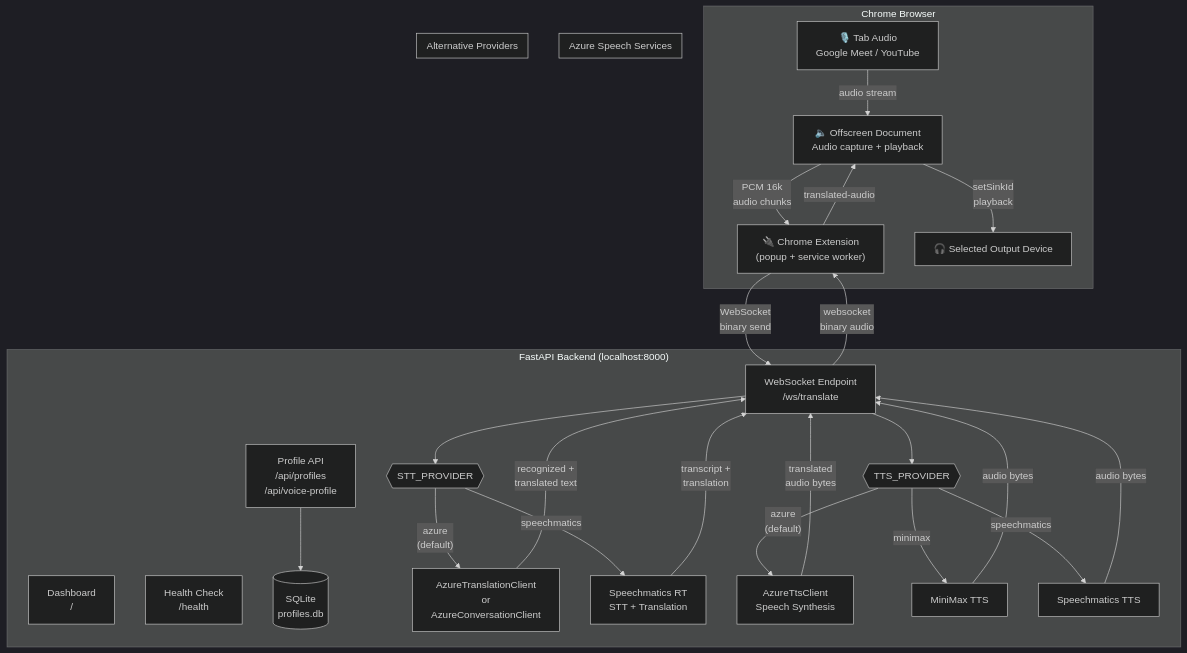
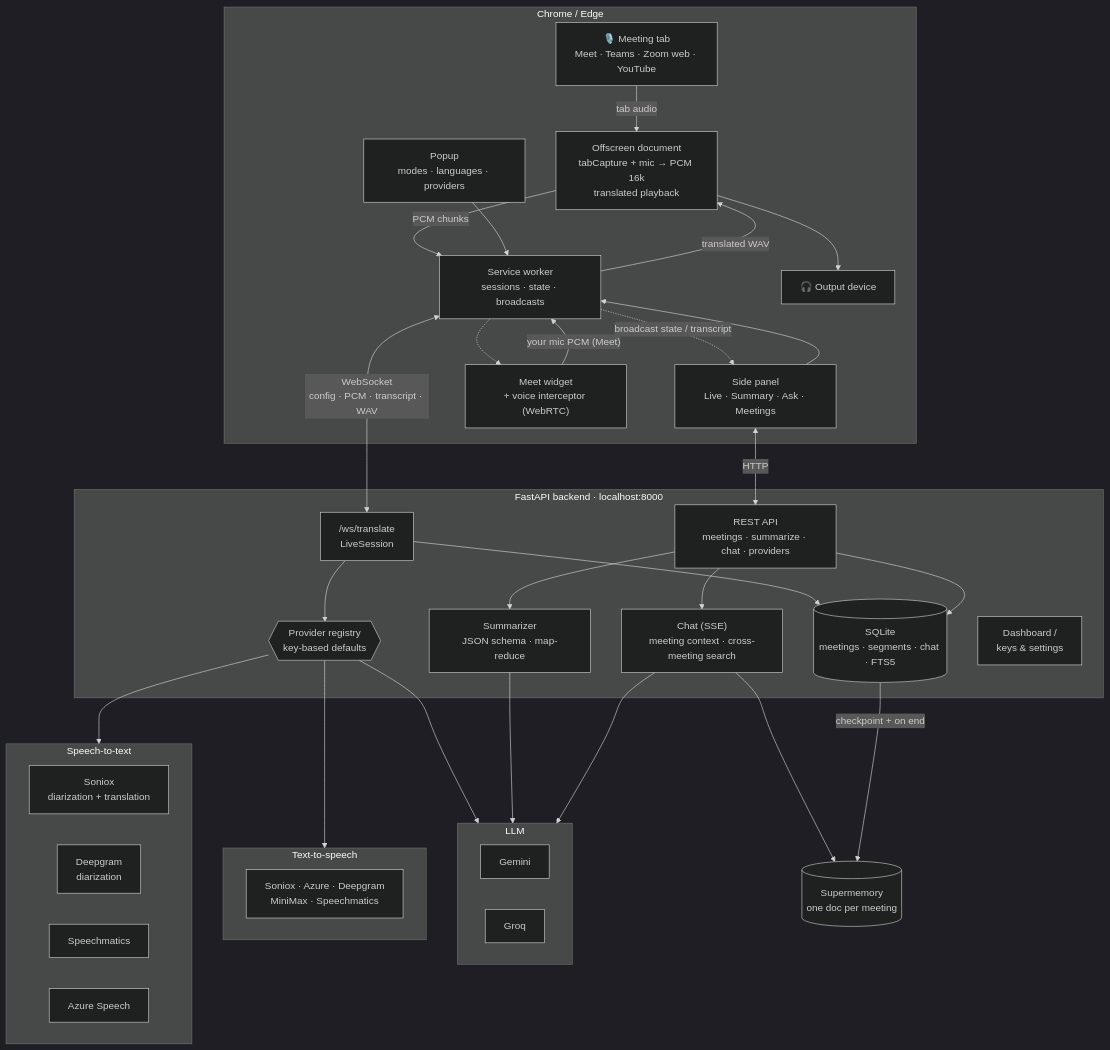
One commit to Kvndoshi/smartmeetingcompanion changed the diagram in architecture.mmd. Above: the diagram before and after it, drawn with Mermaid (dark theme). The commit also changed 4 other files, not shown here.

Commit message:
docs: update README and architecture, add testing checklist

```diff
--- a/architecture.mmd
+++ b/architecture.mmd
@@ -1,51 +1,63 @@
 flowchart TB
-    subgraph Chrome["Chrome Browser"]
-        TAB["🎙️ Tab Audio<br/>Google Meet / YouTube"]
-        EXT["🔌 Chrome Extension<br/>(popup + service worker)"]
-        OFS["🔈 Offscreen Document<br/>Audio capture + playback"]
-        OUT["🎧 Selected Output Device"]
+    subgraph Browser["Chrome / Edge"]
+        TAB["🎙️ Meeting tab<br/>Meet · Teams · Zoom web · YouTube"]
+        POP["Popup<br/>modes · languages · providers"]
+        PANEL["Side panel<br/>Live · Summary · Ask · Meetings"]
+        WIDGET["Meet widget<br/>+ voice interceptor (WebRTC)"]
+        SW["Service worker<br/>sessions · state · broadcasts"]
+        OFS["Offscreen document<br/>tabCapture + mic → PCM 16k<br/>translated playback"]
+        OUT["🎧 Output device"]
     end
 
-    subgraph Backend["FastAPI Backend (localhost:8000)"]
-        WS["WebSocket Endpoint<br/>/ws/translate"]
-        DASH["Dashboard<br/>/"]
-        HEALTH["Health Check<br/>/health"]
-        PROFILES["Profile API<br/>/api/profiles<br/>/api/voice-profile"]
-        DB[("SQLite<br/>profiles.db")]
-
-        WS --> STT_SEL{{"STT_PROVIDER"}}
-        STT_SEL -->|"azure<br/>(default)"| AZ_STT
-        STT_SEL -->|"speechmatics"| SM_STT
-
-        WS --> TTS_SEL{{"TTS_PROVIDER"}}
-        TTS_SEL -->|"azure<br/>(default)"| AZ_TTS
-        TTS_SEL -->|"minimax"| MM_TTS
-        TTS_SEL -->|"speechmatics"| SM_TTS
+    subgraph Backend["FastAPI backend · localhost:8000"]
+        WS["/ws/translate<br/>LiveSession"]
+        REST["REST API<br/>meetings · summarize · chat · providers"]
+        REG{{"Provider registry<br/>key-based defaults"}}
+        STORE[("SQLite<br/>meetings · segments · chat · FTS5")]
+        SUMM["Summarizer<br/>JSON schema · map-reduce"]
+        CHAT["Chat (SSE)<br/>meeting context · cross-meeting search"]
+        DASH["Dashboard /<br/>keys & settings"]
     end
 
-    subgraph Azure["Azure Speech Services"]
-        AZ_STT["AzureTranslationClient<br/>or<br/>AzureConversationClient"]
-        AZ_TTS["AzureTtsClient<br/>Speech Synthesis"]
+    subgraph STT["Speech-to-text"]
+        SONIOX["Soniox<br/>diarization + translation"]
+        DG["Deepgram<br/>diarization"]
+        SMX["Speechmatics"]
+        AZS["Azure Speech"]
     end
 
-    subgraph AltProviders["Alternative Providers"]
-        SM_STT["Speechmatics RT<br/>STT + Translation"]
-        MM_TTS["MiniMax TTS"]
-        SM_TTS["Speechmatics TTS"]
+    subgraph TTS["Text-to-speech"]
+        TTSP["Soniox · Azure · Deepgram<br/>MiniMax · Speechmatics"]
     end
 
-    TAB -->|"audio stream"| OFS
-    OFS -->|"PCM 16k<br/>audio chunks"| EXT
-    EXT -->|"WebSocket<br/>binary send"| WS
+    subgraph LLM["LLM"]
+        GEM["Gemini"]
+        GROQ["Groq"]
+    end
 
-    AZ_STT -->|"recognized +<br/>translated text"| WS
-    AZ_TTS -->|"translated<br/>audio bytes"| WS
-    SM_STT -->|"transcript +<br/>translation"| WS
-    MM_TTS -->|"audio bytes"| WS
-    SM_TTS -->|"audio bytes"| WS
+    MEM[("Supermemory<br/>one doc per meeting")]
 
-    WS -->|"websocket<br/>binary audio"| EXT
-    EXT -->|"translated-audio"| OFS
-    OFS -->|"setSinkId<br/>playback"| OUT
+    TAB -->|"tab audio"| OFS
+    OFS -->|"PCM chunks"| SW
+    WIDGET -->|"your mic PCM (Meet)"| SW
+    POP --> SW
+    PANEL --> SW
+    SW <-->|"WebSocket<br/>config · PCM · transcript · WAV"| WS
+    SW -->|"translated WAV"| OFS
+    OFS --> OUT
+    SW -.->|"broadcast state / transcript"| PANEL
+    SW -.-> WIDGET
+    PANEL <-->|"HTTP"| REST
 
-    PROFILES --> DB
+    WS --> REG
+    REG --> STT
+    REG --> TTS
+    REG --> LLM
+    WS --> STORE
+    REST --> STORE
+    REST --> SUMM
+    REST --> CHAT
+    SUMM --> LLM
+    CHAT --> LLM
+    CHAT --> MEM
+    STORE -->|"checkpoint + on end"| MEM
```
